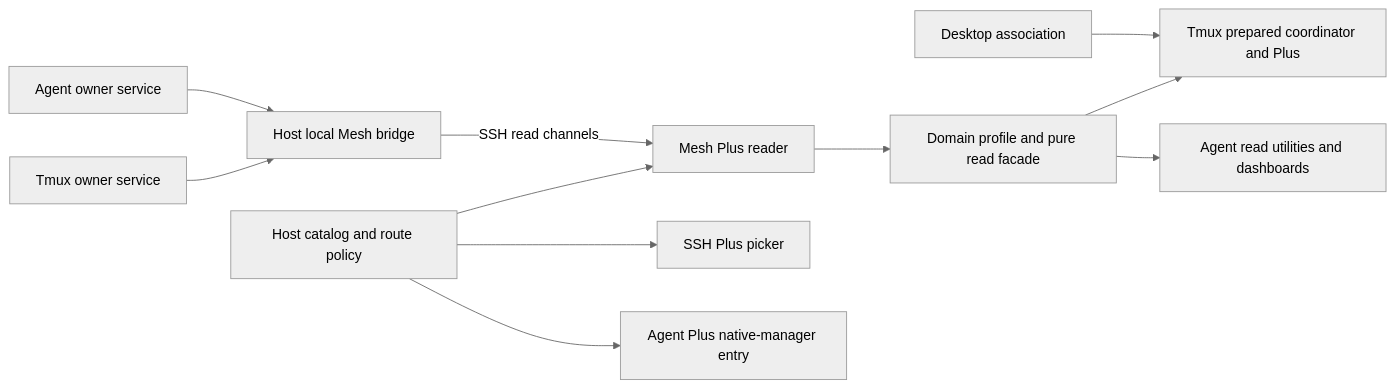
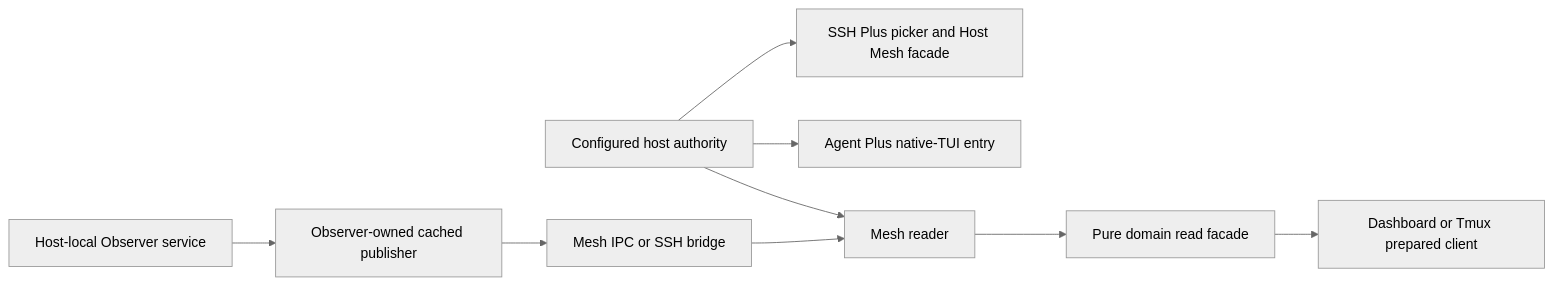
One commit to byebyebryan/mesh-plus changed the diagram in docs/architecture.md. Above: the diagram before and after it, drawn with Mermaid (neutral theme). The commit also changed other lines of this file and 159 other files, not shown here.

````diff
--- a/docs/architecture.md
+++ b/docs/architecture.md
@@ -22,13 +7,11 @@
 ```mermaid
 flowchart LR
-    H[Host catalog and route policy] --> N[Mesh Plus reader]
-    T[Tmux owner service] --> B[Host local Mesh bridge]
-    A[Agent owner service] --> B
-    B -->|SSH read channels| N
-    N --> P[Domain profile and pure read facade]
-    P --> TC[Tmux prepared coordinator and Plus]
-    P --> AC[Agent read utilities and dashboards]
-    D[Desktop association] --> TC
-    H --> S[SSH Plus picker]
-    H --> AP[Agent Plus native-manager entry]
+    H[Configured host authority] --> S[SSH Plus picker and Host Mesh facade]
+    H --> A[Agent Plus native-TUI entry]
+    H --> R[Mesh reader]
+    O[Host-local Observer service] --> P[Observer-owned cached publisher]
+    P --> B[Mesh IPC or SSH bridge]
+    B --> R
+    R --> F[Pure domain read facade]
+    F --> U[Dashboard or Tmux prepared client]
 ```
````
